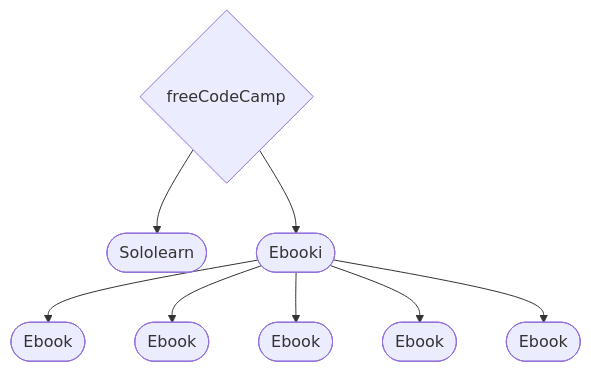
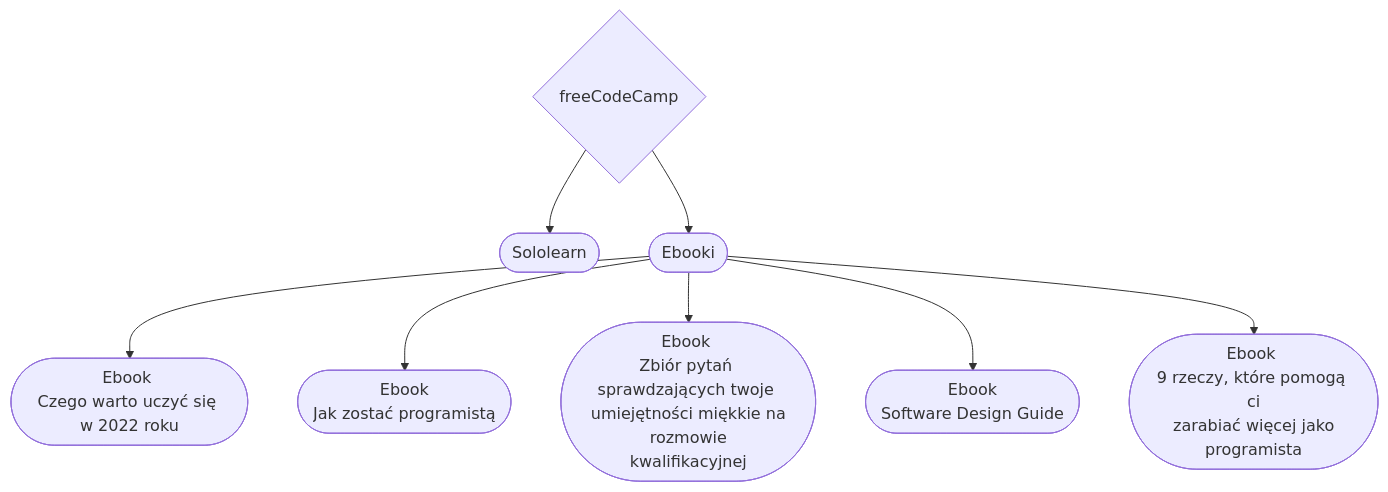
Before and after one commit to bazankamil/PersonalRoadmap: diagram 12 of 12 in README.md, drawn with Mermaid. The commit also changed other lines of this file, not shown here.

````diff
--- a/README.md
+++ b/README.md
@@ -221,10 +221,10 @@
 ```mermaid
 flowchart
 A{freeCodeCamp}-->B([Sololearn])
 A-->H([Ebooki])
-H-->C([Ebook])
-H-->D([Ebook])
-H-->E([Ebook])
-H-->F([Ebook])
-H-->G([Ebook])
+H-->C([Ebook \nCzego warto uczyć się w 2022 roku])
+H-->D([Ebook \nJak zostać programistą])
+H-->E([Ebook \nZbiór pytań sprawdzających twoje \numiejętności miękkie na\n rozmowie kwalifikacyjnej])
+H-->F([Ebook \nSoftware Design Guide])
+H-->G([Ebook \n9 rzeczy, które pomogą ci\n zarabiać więcej jako programista])
 ```
````
